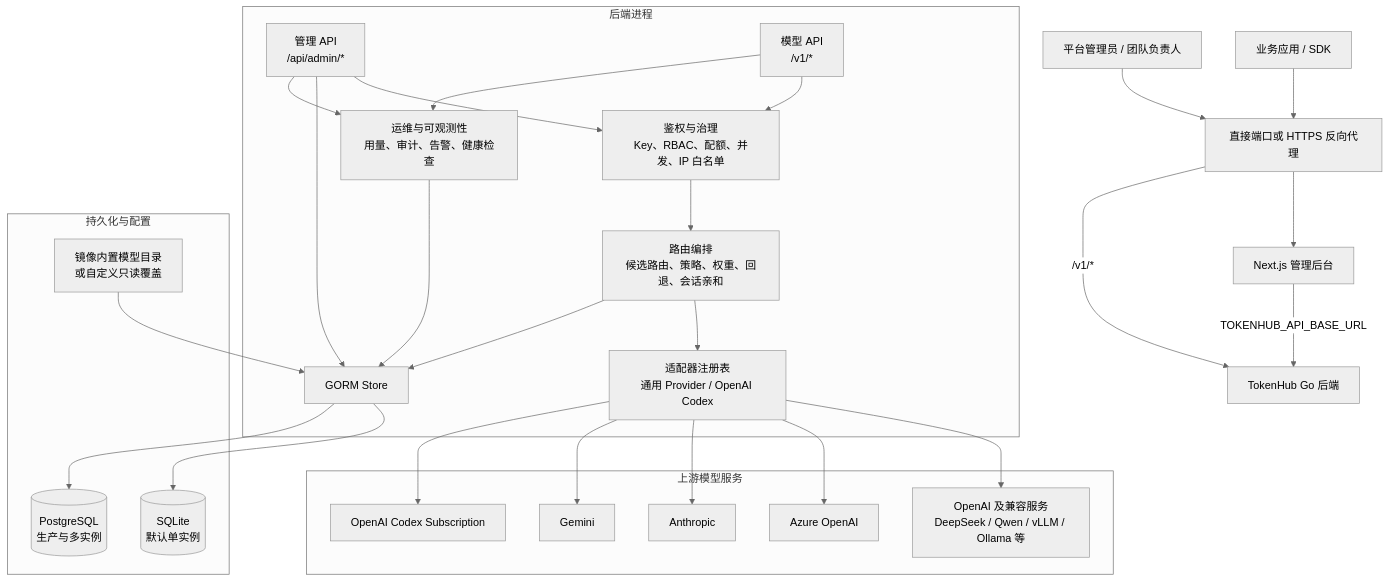
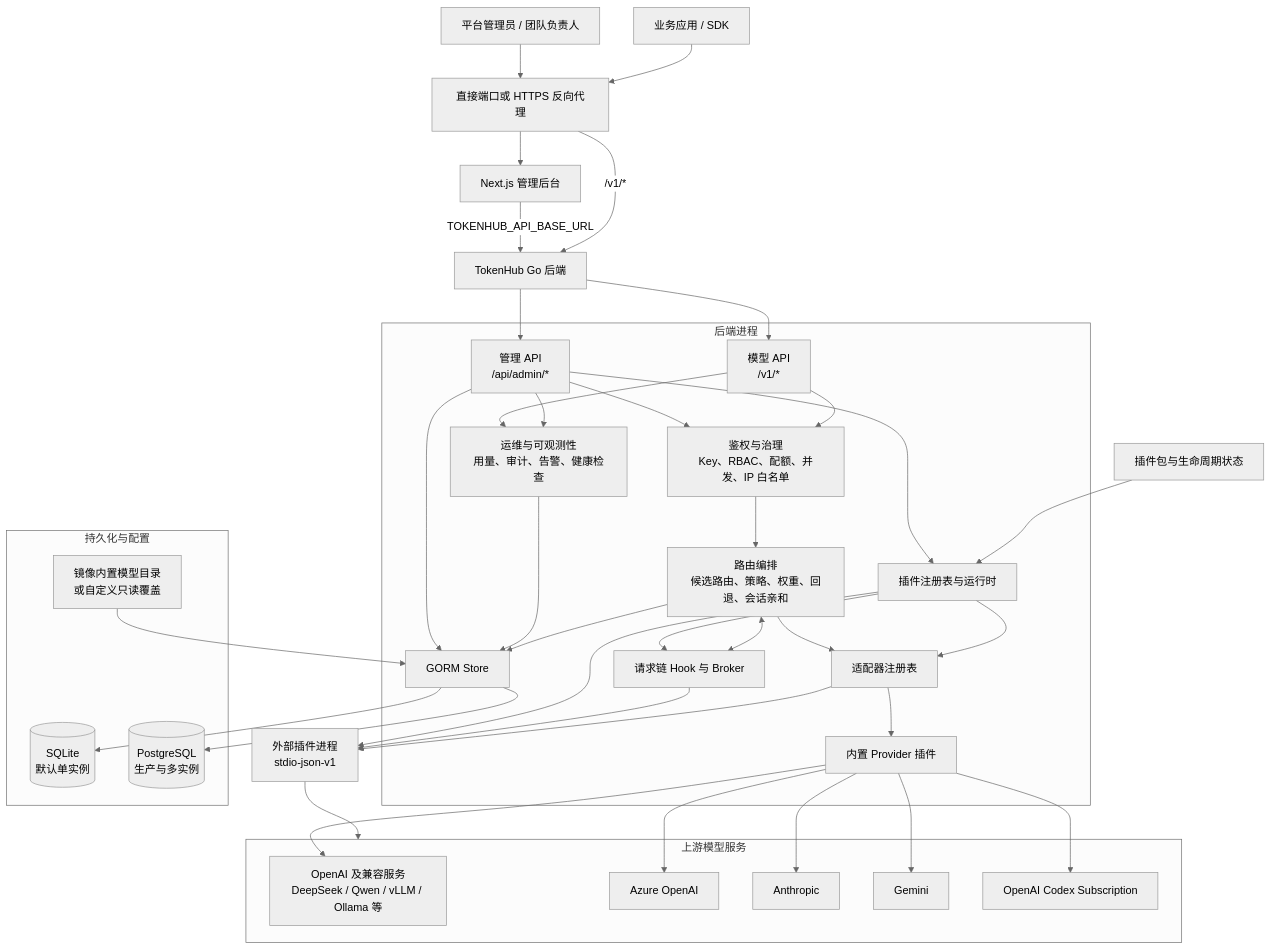
One commit to astaxie/TokenHub changed the first of 3 diagrams in docs/zh-CN/architecture.md. Above: the diagram before and after it, drawn with Mermaid (neutral theme). The commit also changed other lines of this file and 2 other files, not shown here.

Commit message:
docs: update plugin architecture overview

````diff
--- a/docs/zh-CN/architecture.md
+++ b/docs/zh-CN/architecture.md
@@ -11,51 +13,69 @@
 ```mermaid
 flowchart TB
     admin["平台管理员 / 团队负责人"]
     app["业务应用 / SDK"]
     ingress["直接端口或 HTTPS 反向代理"]
     frontend["Next.js 管理后台"]
     backend["TokenHub Go 后端"]
 
     subgraph backendProcess["后端进程"]
         adminApi["管理 API\n/api/admin/*"]
         modelApi["模型 API\n/v1/*"]
         governance["鉴权与治理\nKey、RBAC、配额、并发、IP 白名单"]
         routing["路由编排\n候选路由、策略、权重、回退、会话亲和"]
-        adapters["适配器注册表\n通用 Provider / OpenAI Codex"]
+        adapters["适配器注册表"]
+        builtin["内置 Provider 插件"]
+        plugins["插件注册表与运行时"]
+        hooks["请求链 Hook 与 Broker"]
         operations["运维与可观测性\n用量、审计、告警、健康检查"]
         store["GORM Store"]
 
         adminApi --> governance
         adminApi --> store
         modelApi --> governance --> routing --> adapters
         modelApi --> operations --> store
         adminApi --> operations
         routing --> store
+        adminApi --> plugins
+        plugins --> adapters
+        adapters --> builtin
+        plugins --> hooks
+        routing <--> hooks
     end
+
+    external["外部插件进程\nstdio-json-v1"]
+    packages["插件包与生命周期状态"]
+    packages --> plugins
+    plugins --> external
+    hooks --> external
+    adapters --> external
 
     subgraph persistence["持久化与配置"]
         sqlite[("SQLite\n默认单实例")]
         postgres[("PostgreSQL\n生产与多实例")]
         catalog["镜像内置模型目录\n或自定义只读覆盖"]
     end
 
     subgraph upstream["上游模型服务"]
         compatible["OpenAI 及兼容服务\nDeepSeek / Qwen / vLLM / Ollama 等"]
         azure["Azure OpenAI"]
         anthropic["Anthropic"]
         gemini["Gemini"]
         codex["OpenAI Codex Subscription"]
     end
 
     admin --> ingress --> frontend
     frontend -->|"TOKENHUB_API_BASE_URL"| backend
     app --> ingress -->|"/v1/*"| backend
-    adapters --> compatible
-    adapters --> azure
-    adapters --> anthropic
-    adapters --> gemini
-    adapters --> codex
+    external --> upstream
+    backend --> adminApi
+    backend --> modelApi
+    builtin --> compatible
+    builtin --> azure
+    builtin --> anthropic
+    builtin --> gemini
+    builtin --> codex
     store --> sqlite
     store --> postgres
     catalog --> store
 ```
````
